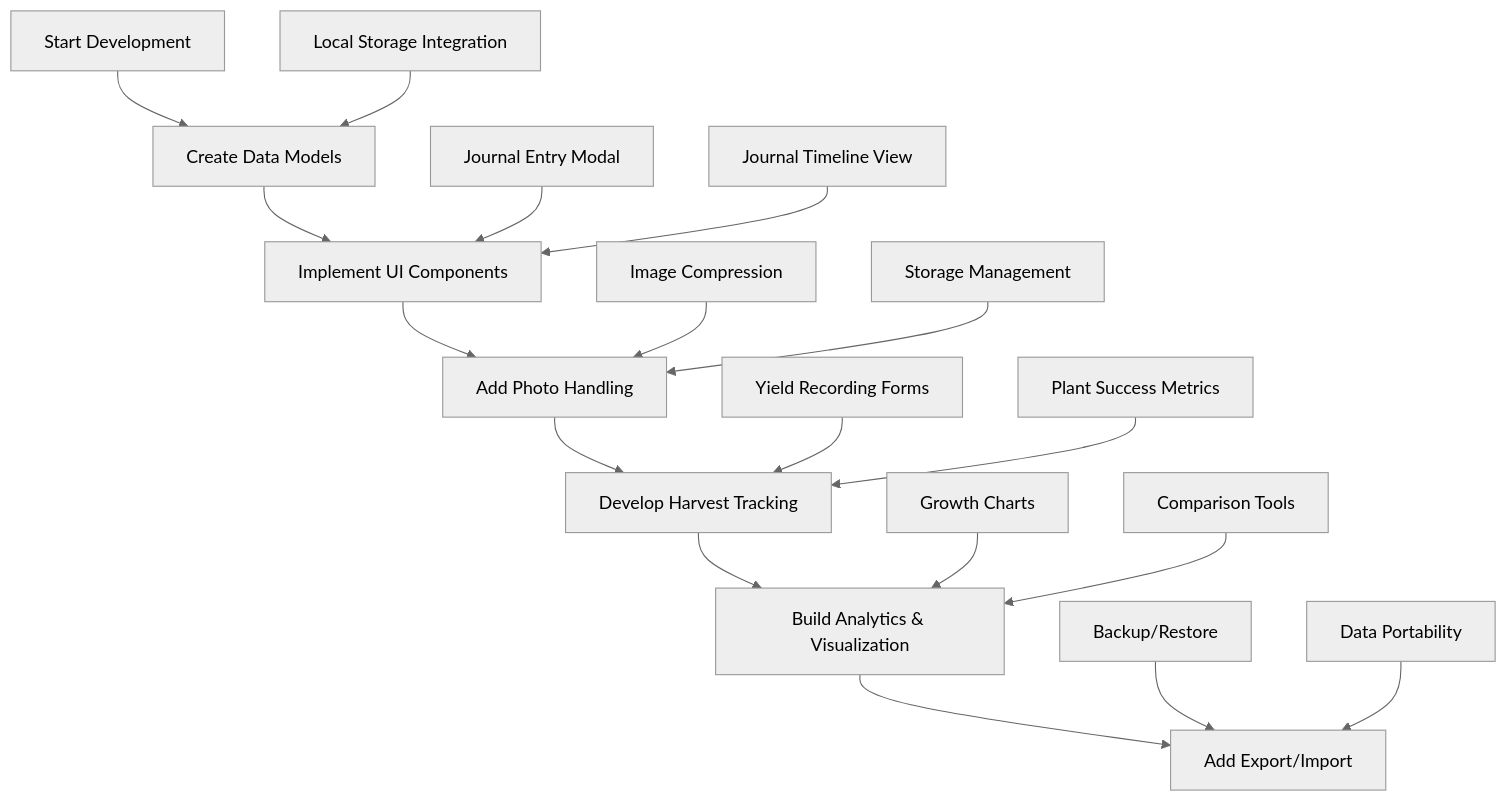
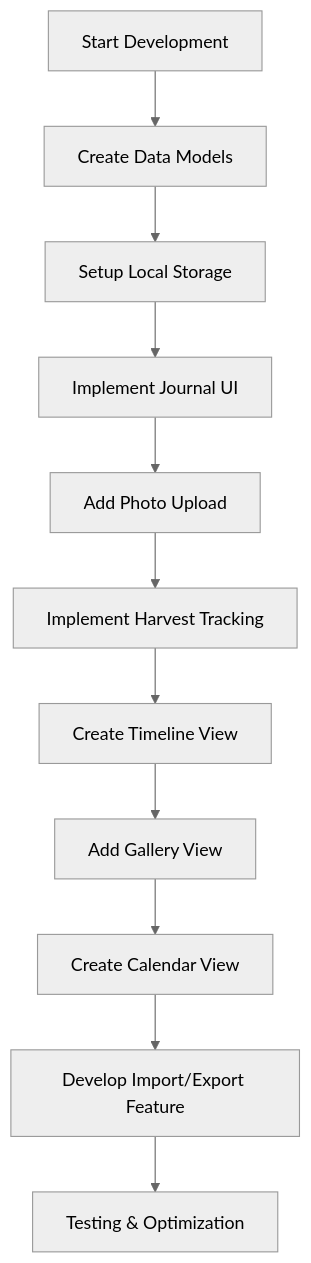
Before and after one commit to klauseduard/minirakendused: the first of 3 diagrams in garden_journal_plan.md, drawn with Mermaid (neutral theme). The commit also changed other lines of this file and 1 other file, not shown here.

Commit message:
Update garden journal plan with import/export details and improve navigation bar layout

````diff
--- a/garden_journal_plan.md
+++ b/garden_journal_plan.md
@@ -16,21 +17,13 @@
 ```mermaid
 flowchart TD
     A[Start Development] --> B[Create Data Models]
-    B --> C[Implement UI Components]
-    C --> D[Add Photo Handling]
-    D --> E[Develop Harvest Tracking]
-    E --> F[Build Analytics & Visualization]
-    F --> G[Add Export/Import]
-    
-    B1[Local Storage Integration] --> B
-    C1[Journal Entry Modal] --> C
-    C2[Journal Timeline View] --> C
-    D1[Image Compression] --> D
-    D2[Storage Management] --> D
-    E1[Yield Recording Forms] --> E
-    E2[Plant Success Metrics] --> E
-    F1[Growth Charts] --> F
-    F2[Comparison Tools] --> F
-    G1[Backup/Restore] --> G
-    G2[Data Portability] --> G
+    B --> C[Setup Local Storage]
+    C --> D[Implement Journal UI]
+    D --> E[Add Photo Upload]
+    E --> F[Implement Harvest Tracking]
+    F --> G[Create Timeline View]
+    G --> H[Add Gallery View]
+    H --> I[Create Calendar View]
+    I --> J[Develop Import/Export Feature]
+    J --> K[Testing & Optimization]
 ```
````
